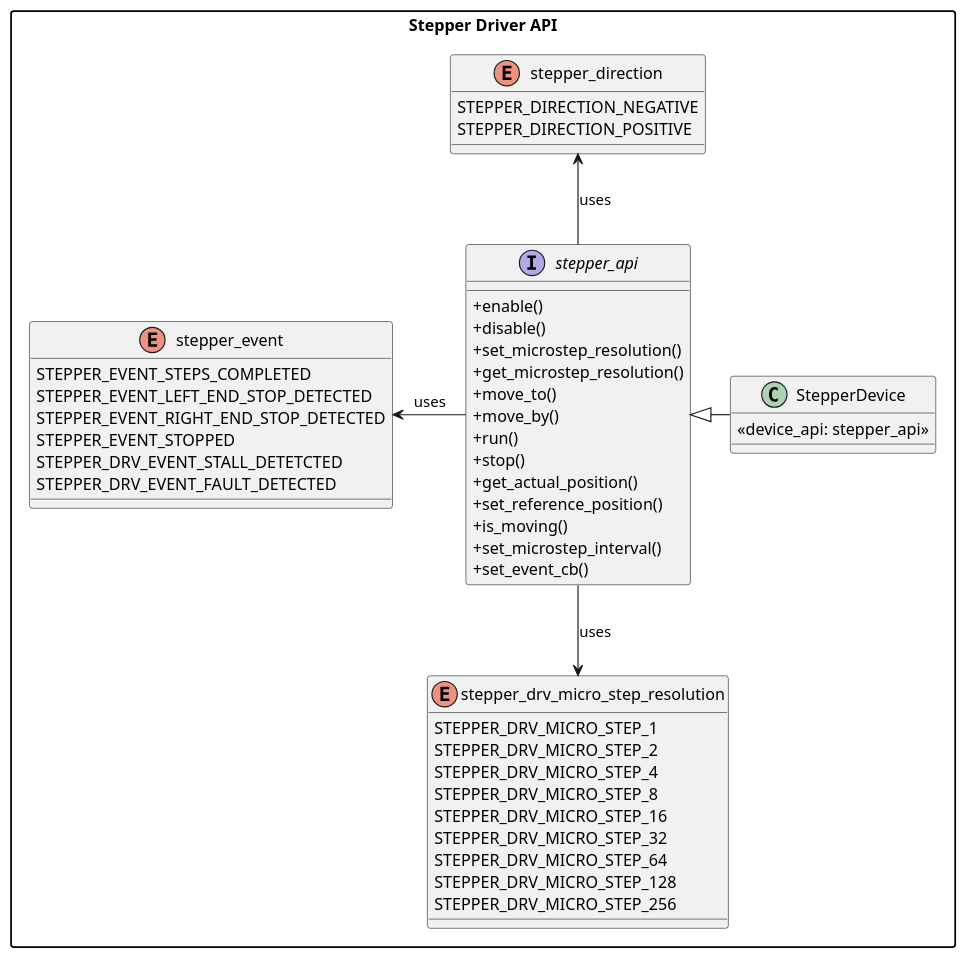
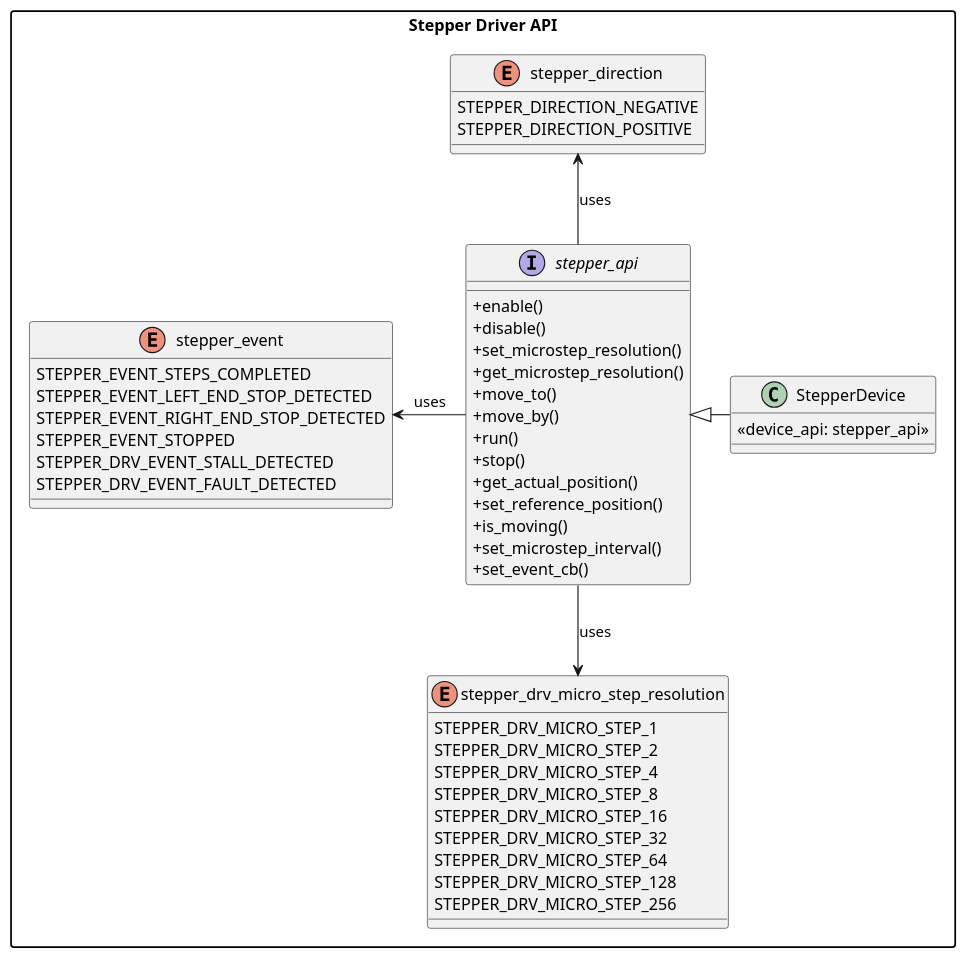
Before and after one commit to jilaypandya/stephyr: the diagram in doc/stepper/old.puml, drawn with PlantUML. The commit also changed 3 other files, not shown here.

```diff
--- a/doc/stepper/old.puml
+++ b/doc/stepper/old.puml
@@ -1,57 +1,57 @@
 @startuml
 skinparam classAttributeIconSize 0
 skinparam packageStyle rectangle
 
 package "Stepper Driver API" {
   enum "stepper_event" {
 	STEPPER_EVENT_STEPS_COMPLETED
 	STEPPER_EVENT_LEFT_END_STOP_DETECTED
 	STEPPER_EVENT_RIGHT_END_STOP_DETECTED
 	STEPPER_EVENT_STOPPED
-	STEPPER_DRV_EVENT_STALL_DETETCTED
+	STEPPER_DRV_EVENT_STALL_DETECTED
     STEPPER_DRV_EVENT_FAULT_DETECTED
   }
   enum stepper_direction {
   	STEPPER_DIRECTION_NEGATIVE
   	STEPPER_DIRECTION_POSITIVE
   }
 
   enum stepper_drv_micro_step_resolution {
     STEPPER_DRV_MICRO_STEP_1
     STEPPER_DRV_MICRO_STEP_2
     STEPPER_DRV_MICRO_STEP_4
     STEPPER_DRV_MICRO_STEP_8
     STEPPER_DRV_MICRO_STEP_16
     STEPPER_DRV_MICRO_STEP_32
     STEPPER_DRV_MICRO_STEP_64
     STEPPER_DRV_MICRO_STEP_128
     STEPPER_DRV_MICRO_STEP_256
   }
 
   interface "stepper_api" {
    +enable()
    +disable()
    +set_microstep_resolution()
    +get_microstep_resolution()
     +move_to()
     +move_by()
     +run()
     +stop()
     +get_actual_position()
     +set_reference_position()
     +is_moving()
     +set_microstep_interval()
     +set_event_cb()
   }
 
   class StepperDevice {
     <<device_api: stepper_api>>
   }
 }
 
 StepperDevice -left-|> stepper_api
 
 stepper_api -left-> stepper_event : uses
 stepper_api -up-> stepper_direction : uses
 stepper_api -down-> stepper_drv_micro_step_resolution: uses
 @enduml
```
